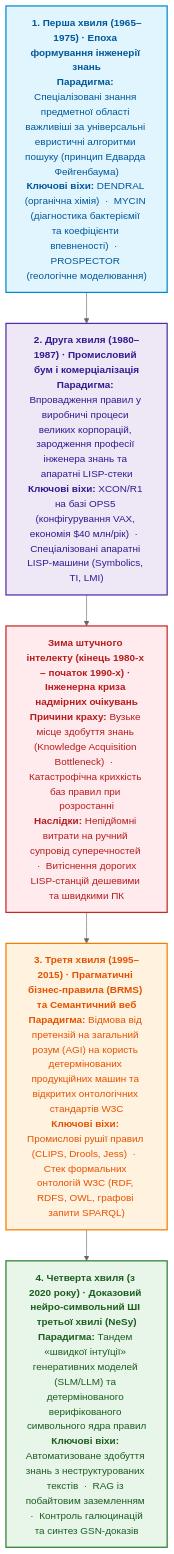
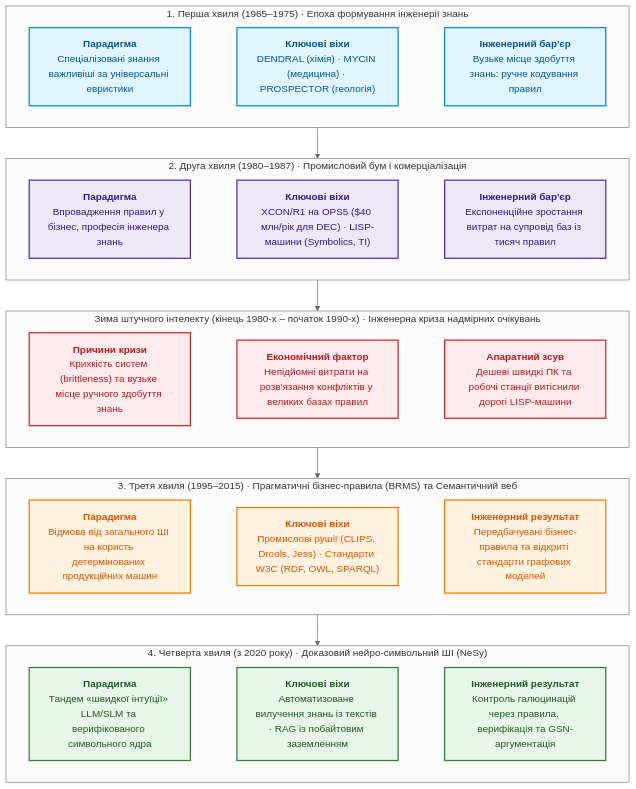
Before and after one commit to nick-fedchik/articles: the second of 9 diagrams in ExpertSystem/ch04-evolution-from-bayes-to-evidence-ai.md, drawn with Mermaid (neutral theme).

Commit message:
docs(ch04): redesign four waves diagram with horizontal 3-card subgraphs

````diff
--- a/ExpertSystem/ch04-evolution-from-bayes-to-evidence-ai.md
+++ b/ExpertSystem/ch04-evolution-from-bayes-to-evidence-ai.md
@@ -85,25 +85,59 @@
 ```mermaid
 flowchart TD
     accTitle: Чотири хвилі розвитку експертних систем
     accDescr: Від перших експертних систем, побудованих на знаннях предметної області, через промисловий бум і зиму штучного інтелекту до рушіїв правил, семантичного вебу й сучасного поєднання мовних моделей із символьним виведенням.
 
-    W1["<b>1. Перша хвиля (1965–1975) · Епоха формування інженерії знань</b><br/><b>Парадигма:</b> Спеціалізовані знання предметної області важливіші за універсальні евристичні алгоритми пошуку (принцип Едварда Фейгенбаума)<br/><b>Ключові віхи:</b> DENDRAL (органічна хімія) &nbsp;·&nbsp; MYCIN (діагностика бактеріємії та коефіцієнти впевненості) &nbsp;·&nbsp; PROSPECTOR (геологічне моделювання)"]
-    W2["<b>2. Друга хвиля (1980–1987) · Промисловий бум і комерціалізація</b><br/><b>Парадигма:</b> Впровадження правил у виробничі процеси великих корпорацій, зародження професії інженера знань та апаратні LISP-стеки<br/><b>Ключові віхи:</b> XCON/R1 на базі OPS5 (конфігурування VAX, економія $40 млн/рік) &nbsp;·&nbsp; Спеціалізовані апаратні LISP-машини (Symbolics, TI, LMI)"]
-    WIN["<b>Зима штучного інтелекту (кінець 1980-х – початок 1990-х) · Інженерна криза надмірних очікувань</b><br/><b>Причини краху:</b> Вузьке місце здобуття знань (Knowledge Acquisition Bottleneck) &nbsp;·&nbsp; Катастрофічна крихкість баз правил при розростанні<br/><b>Наслідки:</b> Непідйомні витрати на ручний супровід суперечностей &nbsp;·&nbsp; Витіснення дорогих LISP-станцій дешевими та швидкими ПК"]
-    W3["<b>3. Третя хвиля (1995–2015) · Прагматичні бізнес-правила (BRMS) та Семантичний веб</b><br/><b>Парадигма:</b> Відмова від претензій на загальний розум (AGI) на користь детермінованих продукційних машин та відкритих онтологічних стандартів W3C<br/><b>Ключові віхи:</b> Промислові рушії правил (CLIPS, Drools, Jess) &nbsp;·&nbsp; Стек формальних онтологій W3C (RDF, RDFS, OWL, графові запити SPARQL)"]
-    W4["<b>4. Четверта хвиля (з 2020 року) · Доказовий нейро-символьний ШІ третьої хвилі (NeSy)</b><br/><b>Парадигма:</b> Тандем «швидкої інтуїції» генеративних моделей (SLM/LLM) та детермінованого верифікованого символьного ядра правил<br/><b>Ключові віхи:</b> Автоматизоване здобуття знань з неструктурованих текстів &nbsp;·&nbsp; RAG із побайтовим заземленням &nbsp;·&nbsp; Контроль галюцинацій та синтез GSN-доказів"]
+    subgraph W1["1. Перша хвиля (1965–1975) · Епоха формування інженерії знань"]
+        direction LR
+        W1_P["<b>Парадигма</b><br/>Спеціалізовані знання важливіші за універсальні евристики"]
+        W1_M["<b>Ключові віхи</b><br/>DENDRAL (хімія) · MYCIN (медицина) · PROSPECTOR (геологія)"]
+        W1_L["<b>Інженерний бар'єр</b><br/>Вузьке місце здобуття знань: ручне кодування правил"]
+        W1_P ~~~ W1_M ~~~ W1_L
+    end
+
+    subgraph W2["2. Друга хвиля (1980–1987) · Промисловий бум і комерціалізація"]
+        direction LR
+        W2_P["<b>Парадигма</b><br/>Впровадження правил у бізнес, професія інженера знань"]
+        W2_M["<b>Ключові віхи</b><br/>XCON/R1 на OPS5 ($40 млн/рік для DEC) · LISP-машини (Symbolics, TI)"]
+        W2_L["<b>Інженерний бар'єр</b><br/>Експоненційне зростання витрат на супровід баз із тисяч правил"]
+        W2_P ~~~ W2_M ~~~ W2_L
+    end
+
+    subgraph WIN["Зима штучного інтелекту (кінець 1980-х – початок 1990-х) · Інженерна криза надмірних очікувань"]
+        direction LR
+        WIN_P["<b>Причини кризи</b><br/>Крихкість систем (brittleness) та вузьке місце ручного здобуття знань"]
+        WIN_M["<b>Економічний фактор</b><br/>Непідйомні витрати на розв'язання конфліктів у великих базах правил"]
+        WIN_L["<b>Апаратний зсув</b><br/>Дешеві швидкі ПК та робочі станції витіснили дорогі LISP-машини"]
+        WIN_P ~~~ WIN_M ~~~ WIN_L
+    end
+
+    subgraph W3["3. Третя хвиля (1995–2015) · Прагматичні бізнес-правила (BRMS) та Семантичний веб"]
+        direction LR
+        W3_P["<b>Парадигма</b><br/>Відмова від загального ШІ на користь детермінованих продукційних машин"]
+        W3_M["<b>Ключові віхи</b><br/>Промислові рушії (CLIPS, Drools, Jess) · Стандарти W3C (RDF, OWL, SPARQL)"]
+        W3_L["<b>Інженерний результат</b><br/>Передбачувані бізнес-правила та відкриті стандарти графових моделей"]
+        W3_P ~~~ W3_M ~~~ W3_L
+    end
+
+    subgraph W4["4. Четверта хвиля (з 2020 року) · Доказовий нейро-символьний ШІ (NeSy)"]
+        direction LR
+        W4_P["<b>Парадигма</b><br/>Тандем «швидкої інтуїції» LLM/SLM та верифікованого символьного ядра"]
+        W4_M["<b>Ключові віхи</b><br/>Автоматизоване вилучення знань із текстів · RAG із побайтовим заземленням"]
+        W4_L["<b>Інженерний результат</b><br/>Контроль галюцинацій через правила, верифікація та GSN-аргументація"]
+        W4_P ~~~ W4_M ~~~ W4_L
+    end
 
     W1 --> W2 --> WIN --> W3 --> W4
 
     classDef w1 fill:#e1f5fe,stroke:#0288d1,stroke-width:2px,color:#01579b;
     classDef w2 fill:#ede7f6,stroke:#512da8,stroke-width:2px,color:#311b92;
     classDef win fill:#ffebee,stroke:#c62828,stroke-width:2px,color:#b71c1c;
     classDef w3 fill:#fff3e0,stroke:#f57c00,stroke-width:2px,color:#e65100;
     classDef w4 fill:#e8f5e9,stroke:#2e7d32,stroke-width:2px,color:#1b5e20;
 
-    class W1 w1;
-    class W2 w2;
-    class WIN win;
-    class W3 w3;
-    class W4 w4;
+    class W1_P,W1_M,W1_L w1;
+    class W2_P,W2_M,W2_L w2;
+    class WIN_P,WIN_M,WIN_L win;
+    class W3_P,W3_M,W3_L w3;
+    class W4_P,W4_M,W4_L w4;
 ```
````
